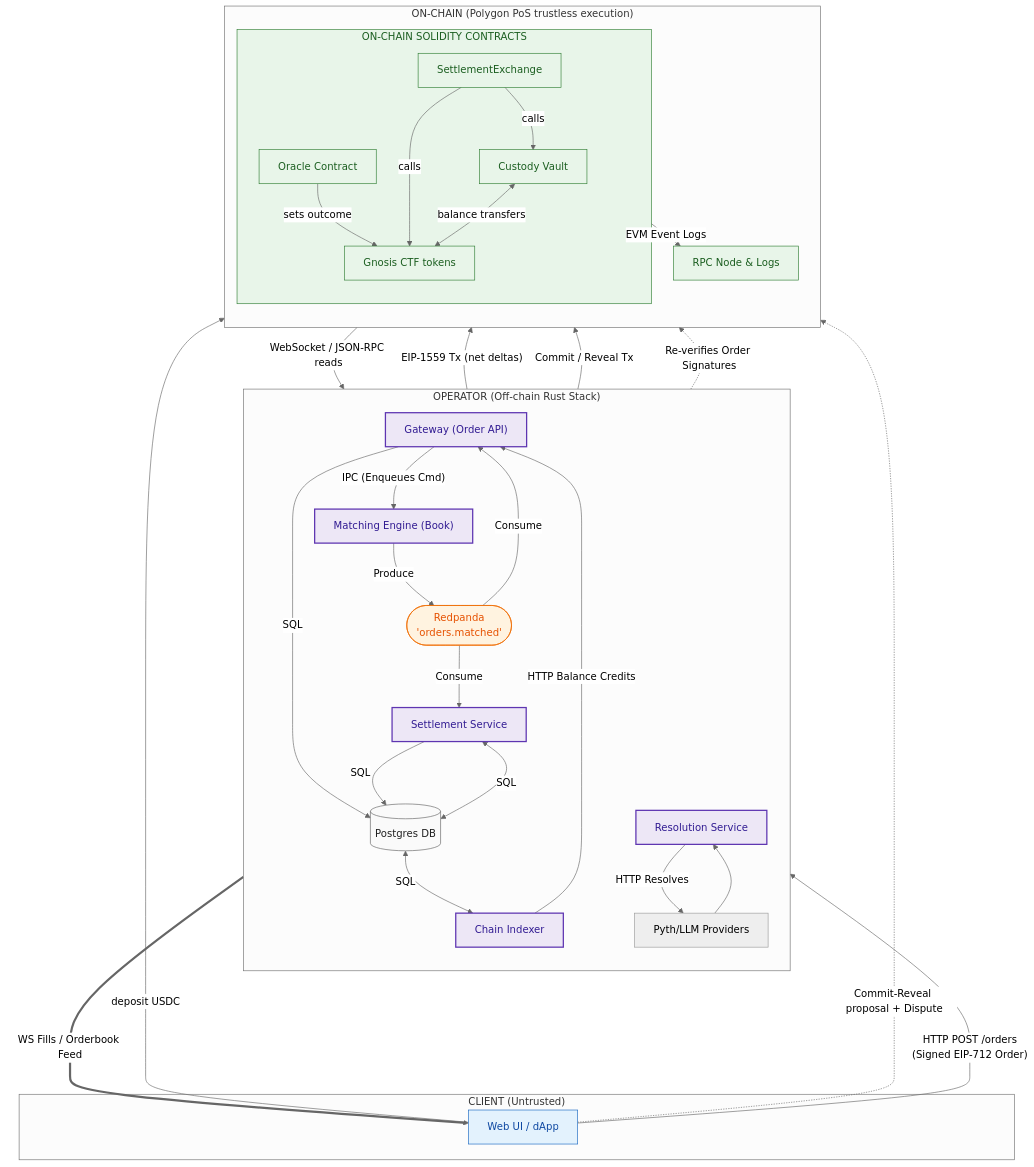
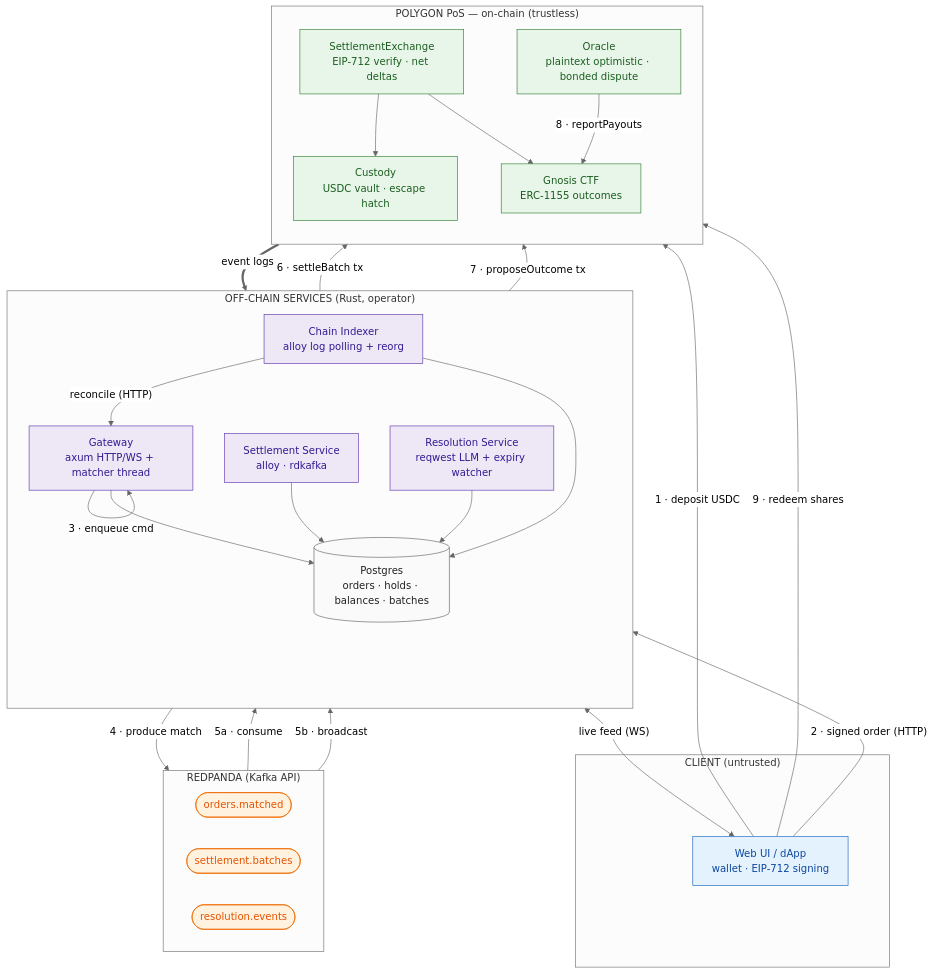
The diagram in docs/architecture.md (michael-ni-qwerty/omniscient), drawn with Mermaid (neutral theme) before and after one commit. The commit also changed other lines of this file and 14 other files, not shown here.

Commit message:
Remove commit-reveal from Oracle event handlers, replace OutcomeRevealed with plaintext OutcomeProposed containing payouts, add operator heartbeat tracking and inactivity threshold events, remove forced-withdrawal request/cancel handlers

````diff
--- a/docs/architecture.md
+++ b/docs/architecture.md
@@ -190,82 +52,61 @@
 ```mermaid
 flowchart TB
-    subgraph Client["CLIENT (Untrusted)"]
-        UI["Web UI / dApp"]
+    subgraph Client["CLIENT (untrusted)"]
+        UI["Web UI / dApp<br/>wallet · EIP-712 signing"]
     end
 
-    subgraph Operator["OPERATOR (Off-chain Rust Stack)"]
+    subgraph OffChain["OFF-CHAIN SERVICES (Rust, operator)"]
         direction TB
-        GW["Gateway (Order API)"]
-        ME["Matching Engine (Book)"]
-        PG[("Postgres DB")]
-        RP([Redpanda<br/>'orders.matched'])
-        Settlement["Settlement Service"]
-        Resolution["Resolution Service"]
-        Indexer["Chain Indexer"]
-        External["Pyth/LLM Providers"]
+        GW["Gateway<br/>axum HTTP/WS + matcher thread"]
+        SETT["Settlement Service<br/>alloy · rdkafka"]
+        RES["Resolution Service<br/>reqwest LLM + expiry watcher"]
+        IDX["Chain Indexer<br/>alloy log polling + reorg"]
+        PG[("Postgres<br/>orders · holds · balances · batches")]
     end
 
-    subgraph Chain["ON-CHAIN (Polygon PoS trustless execution)"]
-        direction TB
-        RPC["RPC Node & Logs"]
-        subgraph Contracts["ON-CHAIN SOLIDITY CONTRACTS"]
-            Vault["Custody Vault"]
-            SE["SettlementExchange"]
-            CTF["Gnosis CTF tokens"]
-            Oracle["Oracle Contract"]
-        end
+    subgraph Broker["REDPANDA (Kafka API)"]
+        direction LR
+        T1(["orders.matched"])
+        T3(["settlement.batches"])
+        T4(["resolution.events"])
     end
 
-    %% Client Interactions
-    UI -->|"HTTP POST /orders<br/>(Signed EIP-712 Order)"| GW
-    UI -->|"deposit USDC"| Vault
-    GW == "WS Fills / Orderbook Feed" ===> UI
+    subgraph Chain["POLYGON PoS — on-chain (trustless)"]
+        direction TB
+        CUST["Custody<br/>USDC vault · escape hatch"]
+        EXCH["SettlementExchange<br/>EIP-712 verify · net deltas"]
+        CTF["Gnosis CTF<br/>ERC-1155 outcomes"]
+        ORACLE["Oracle<br/>plaintext optimistic · bonded dispute"]
+    end
 
-    %% Operator Internal Flows
-    GW -->|"IPC (Enqueues Cmd)"| ME
-    GW -->|"SQL"| PG
-    ME -->|"Produce"| RP
-    RP -->|"Consume"| Settlement
-    RP -->|"Consume"| GW
-    PG <-->|"SQL"| Settlement
-    PG <-->|"SQL"| Indexer
-    Settlement -->|"SQL"| PG
+    UI -->|"1 · deposit USDC"| CUST
+    UI -->|"2 · signed order (HTTP)"| GW
+    GW <-->|"live feed (WS)"| UI
+    GW -->|"3 · enqueue cmd"| GW
+    GW -->|"4 · produce match"| T1
+    T1 -->|"5a · consume"| SETT
+    T1 -->|"5b · broadcast"| GW
+    SETT -->|"6 · settleBatch tx"| EXCH
+    EXCH --> CUST
+    EXCH --> CTF
+    RES -->|"7 · proposeOutcome tx"| ORACLE
+    ORACLE -->|"8 · reportPayouts"| CTF
+    UI -->|"9 · redeem shares"| CTF
+    Chain ==>|"event logs"| IDX
+    IDX -->|"reconcile (HTTP)"| GW
+    IDX --> PG
+    GW --> PG
+    SETT --> PG
+    RES --> PG
 
-    %% Resolution internal
-    Resolution -->|"HTTP Resolves"| External
-    External --> Resolution
-
-    %% Operator to Chain Writes
-    Settlement -->|"EIP-1559 Tx (net deltas)"| SE
-    Resolution -->|"Commit / Reveal Tx"| Oracle
-
-    %% Indexer / RPC Reads
-    RPC -->|"WebSocket / JSON-RPC reads"| Indexer
-    Indexer -->|"HTTP Balance Credits"| GW
-
-    %% Contracts Interactions & Dependencies
-    SE -->|"calls"| Vault
-    Vault <-->|"balance transfers"| CTF
-    SE -->|"calls"| CTF
-    Oracle -->|"sets outcome"| CTF
-
-    %% Transaction Verification Logic from Diagrams
-    GW -.->|"Re-verifies Order Signatures"| SE
-    UI -.->|"Commit-Reveal proposal + Dispute"| Oracle
-
-    %% RPC Connection
-    Contracts -->|"EVM Event Logs"| RPC
-
-    %% Styling
     classDef client fill:#e3f2fd,stroke:#1565c0,color:#0d47a1;
-    classDef svc fill:#ede7f6,stroke:#5e35b1,color:#311b92,stroke-width:2px;
+    classDef svc fill:#ede7f6,stroke:#5e35b1,color:#311b92;
     classDef broker fill:#fff3e0,stroke:#ef6c00,color:#e65100;
     classDef chain fill:#e8f5e9,stroke:#2e7d32,color:#1b5e20;
     classDef store fill:#fafafa,stroke:#616161,color:#212121;
-
     class UI client;
-    class GW,ME,Settlement,Resolution,Indexer svc;
+    class GW,SETT,RES,IDX svc;
     class PG store;
-    class RP broker;
-    class Vault,SE,CTF,Oracle,RPC,Contracts chain;
+    class T1,T3,T4 broker;
+    class CUST,EXCH,CTF,ORACLE chain;
 ```
````
